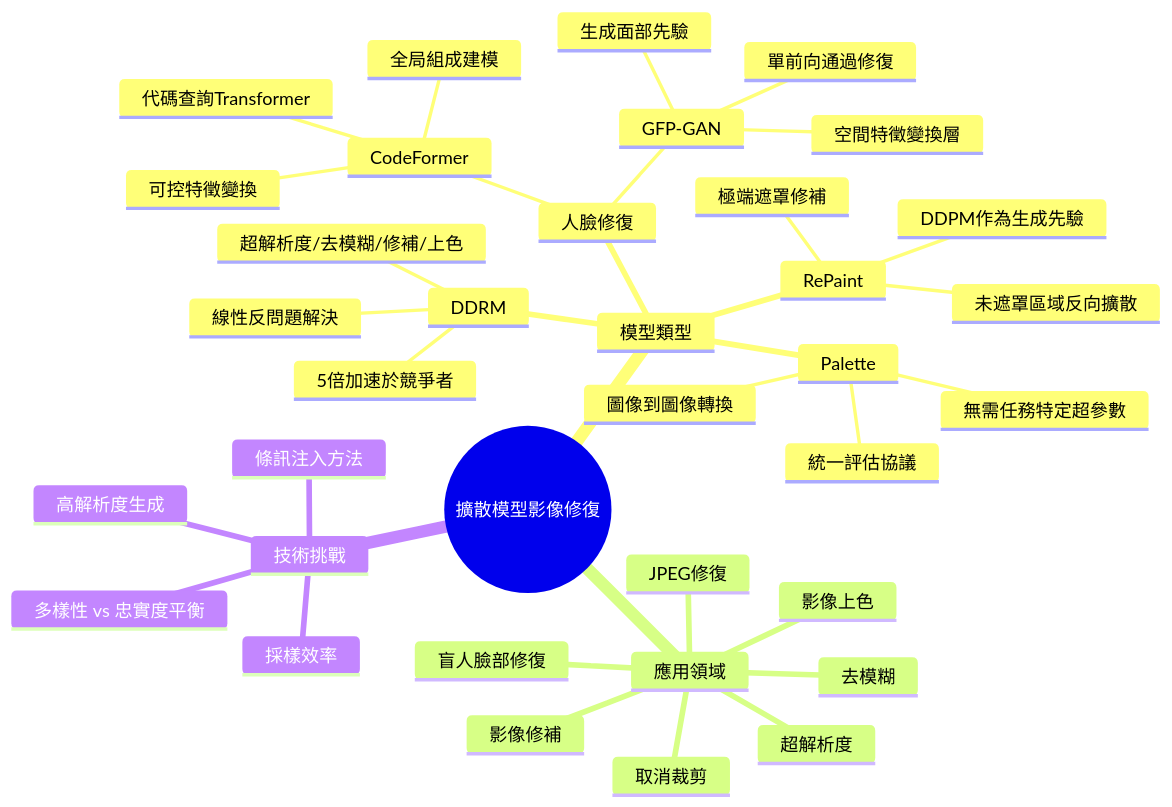
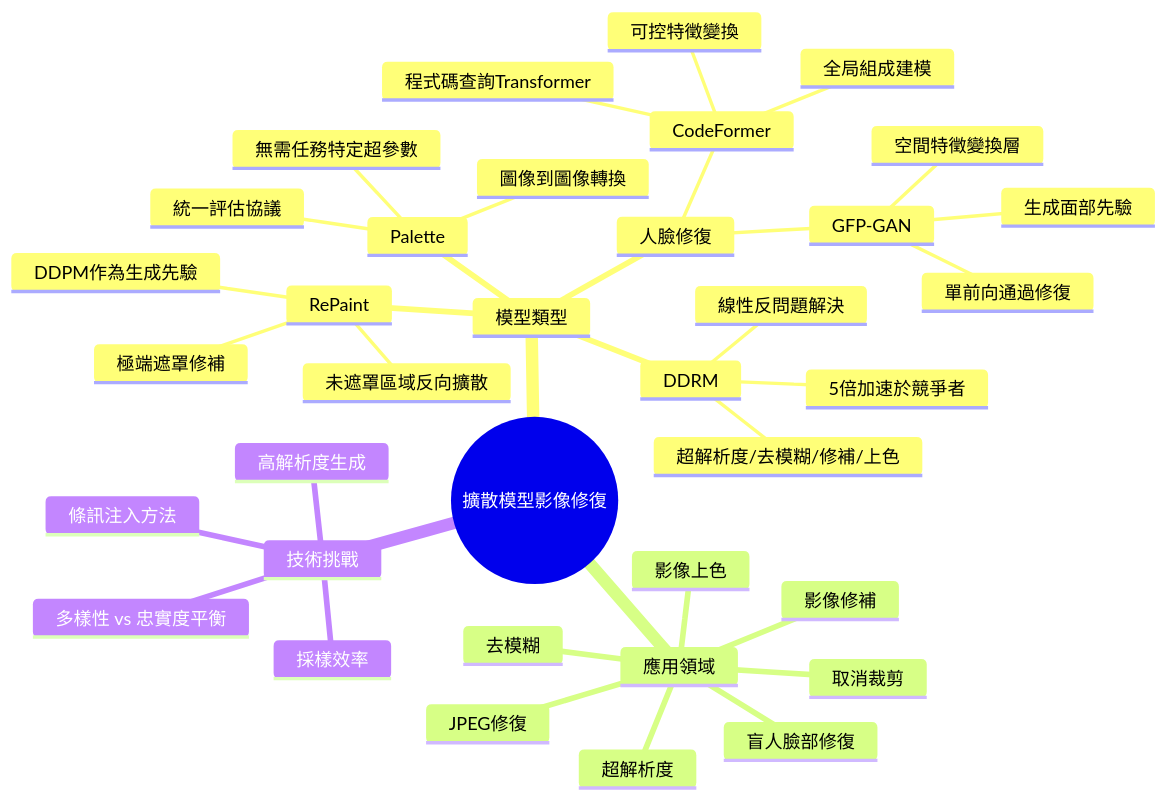
Before and after one commit to xansxuss/OBSIDIAN_NOTES: the diagram in LLM_Wiki/wiki/computer_vision/diffusion-image-restoration.md, drawn with Mermaid. The commit also changed other lines of this file and 288 other files, not shown here.

````diff
--- a/LLM_Wiki/wiki/computer_vision/diffusion-image-restoration.md
+++ b/LLM_Wiki/wiki/computer_vision/diffusion-image-restoration.md
@@ -31,39 +44,39 @@
 ```mermaid
 mindmap
   root((擴散模型影像修復))
     模型類型
       Palette
         圖像到圖像轉換
         無需任務特定超參數
         統一評估協議
       RePaint
         極端遮罩修補
         DDPM作為生成先驗
         未遮罩區域反向擴散
       DDRM
         線性反問題解決
         超解析度/去模糊/修補/上色
         5倍加速於競爭者
       人臉修復
         CodeFormer
-          代碼查詢Transformer
+          程式碼查詢Transformer
           全局組成建模
           可控特徵變換
         GFP-GAN
           生成面部先驗
           空間特徵變換層
           單前向通過修復
     應用領域
       影像上色
       影像修補
       取消裁剪
       JPEG修復
       盲人臉部修復
       超解析度
       去模糊
     技術挑戰
       採樣效率
       多樣性 vs 忠實度平衡
       高解析度生成
       條訊注入方法
 ```
````
